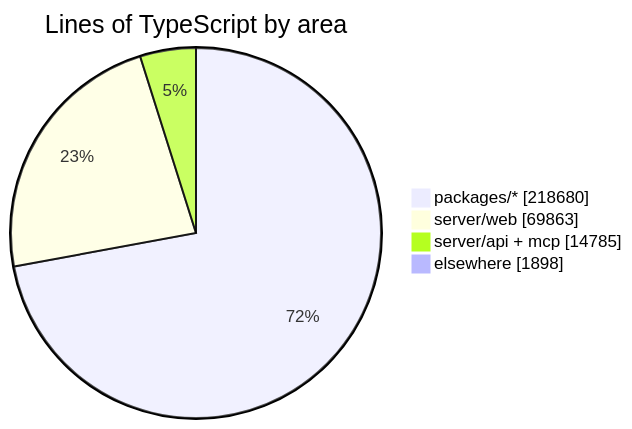
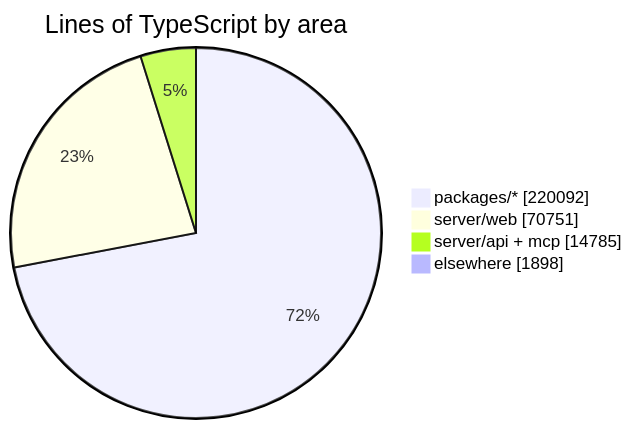
The diagram in README.md (crossworks-engineering/mantle), drawn with Mermaid before and after one commit. The commit also changed other lines of this file and 2 other files, not shown here.

````diff
--- a/README.md
+++ b/README.md
@@ -287,7 +287,7 @@
 ```mermaid
 pie showData title Lines of TypeScript by area
-    "packages/*" : 218680
-    "server/web" : 69863
+    "packages/*" : 220092
+    "server/web" : 70751
     "server/api + mcp" : 14785
     "elsewhere" : 1898
 ```
````
